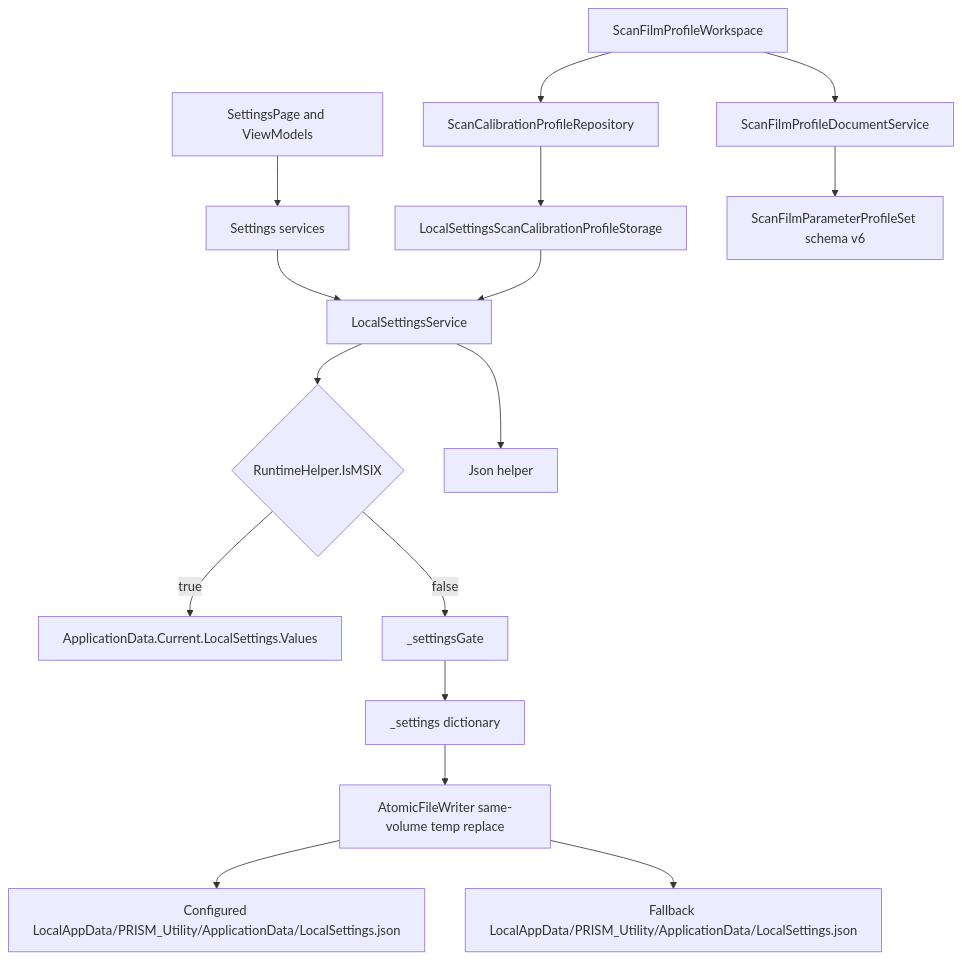
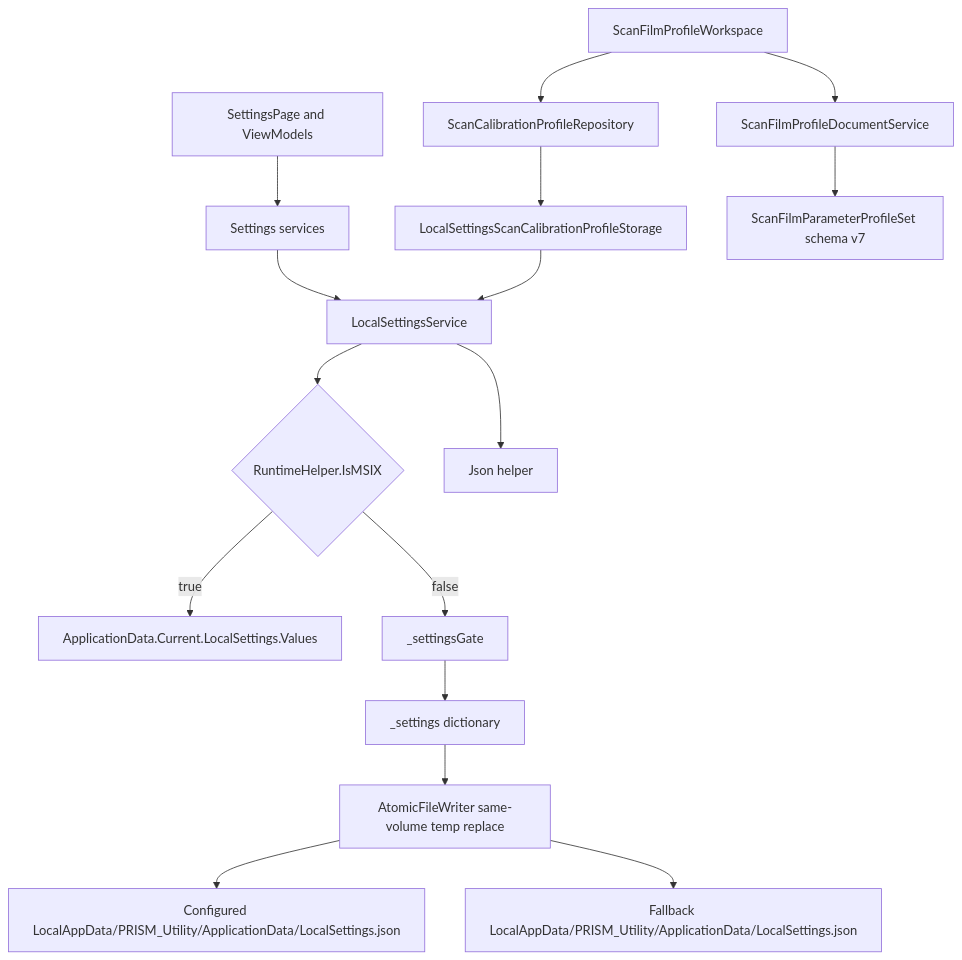
The diagram in docs/architecture/settings-persistence.md (mr258876/PRISM-Utility), drawn with Mermaid before and after one commit. The commit also changed other lines of this file and 237 other files, not shown here.

````diff
--- a/docs/architecture/settings-persistence.md
+++ b/docs/architecture/settings-persistence.md
@@ -56,18 +58,18 @@
 ```mermaid
 flowchart TD
     SettingsPage[SettingsPage and ViewModels] --> Facades[Settings services]
     Facades --> LocalSettings[LocalSettingsService]
     LocalSettings --> Mode{RuntimeHelper.IsMSIX}
     Mode -->|true| MsixStore[ApplicationData.Current.LocalSettings.Values]
     Mode -->|false| Gate[_settingsGate]
     Gate --> Dict[_settings dictionary]
     Dict --> AtomicWriter[AtomicFileWriter same-volume temp replace]
     AtomicWriter --> ConfiguredJson[Configured LocalAppData/PRISM_Utility/ApplicationData/LocalSettings.json]
     AtomicWriter --> FallbackJson[Fallback LocalAppData/PRISM_Utility/ApplicationData/LocalSettings.json]
     LocalSettings --> JsonHelper[Json helper]
     Profiles[LocalSettingsScanCalibrationProfileStorage] --> LocalSettings
     Repository[ScanCalibrationProfileRepository] --> Profiles
     Workspace[ScanFilmProfileWorkspace] --> Repository
     Workspace --> Documents[ScanFilmProfileDocumentService]
-    Documents --> Schema[ScanFilmParameterProfileSet schema v6]
+    Documents --> Schema[ScanFilmParameterProfileSet schema v7]
 ```
````
